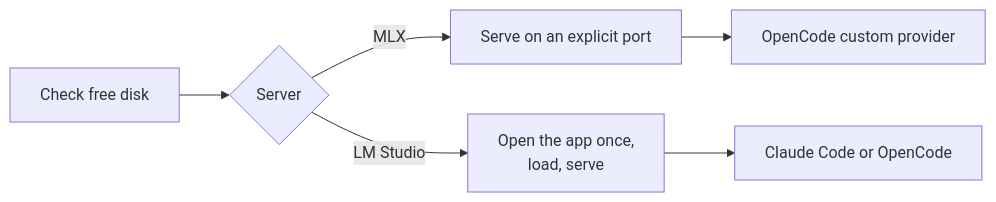
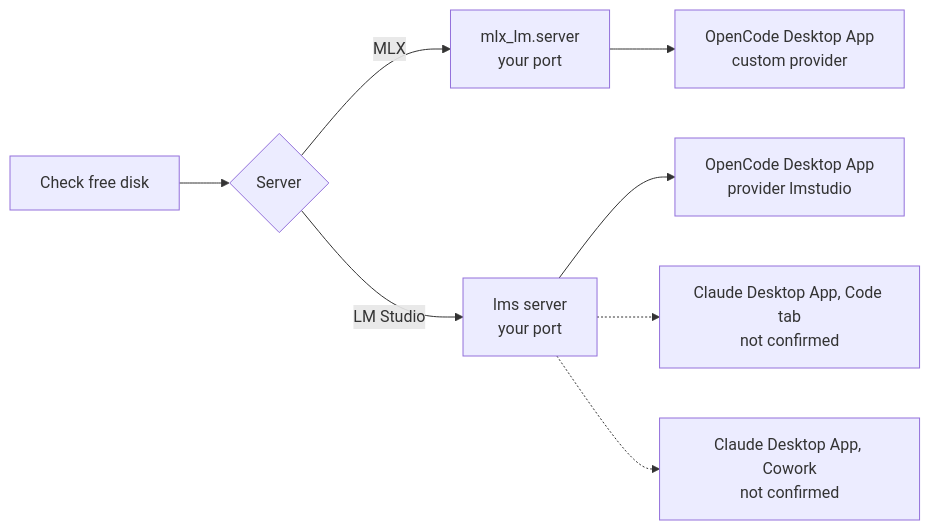
The diagram in guides/local-models.md (SoulCraft-Org/compute-crafter), drawn with Mermaid before and after one commit. The commit also changed other lines of this file and 14 other files, not shown here.

````diff
--- a/guides/local-models.md
+++ b/guides/local-models.md
@@ -12,6 +5,8 @@
 ```mermaid
 flowchart LR
   D[Check free disk] --> E{Server}
-  E -->|MLX| M[Serve on an explicit port] --> OM[OpenCode custom provider]
-  E -->|LM Studio| L[Open the app once,<br/>load, serve] --> C[Claude Code or OpenCode]
+  E -->|MLX| M[mlx_lm.server<br/>your port] --> O[OpenCode Desktop App<br/>custom provider]
+  E -->|LM Studio| L[lms server<br/>your port] --> O2[OpenCode Desktop App<br/>provider lmstudio]
+  L -.-> C[Claude Desktop App, Code tab<br/>not confirmed]
+  L -.-> W[Claude Desktop App, Cowork<br/>not confirmed]
 ```
````
